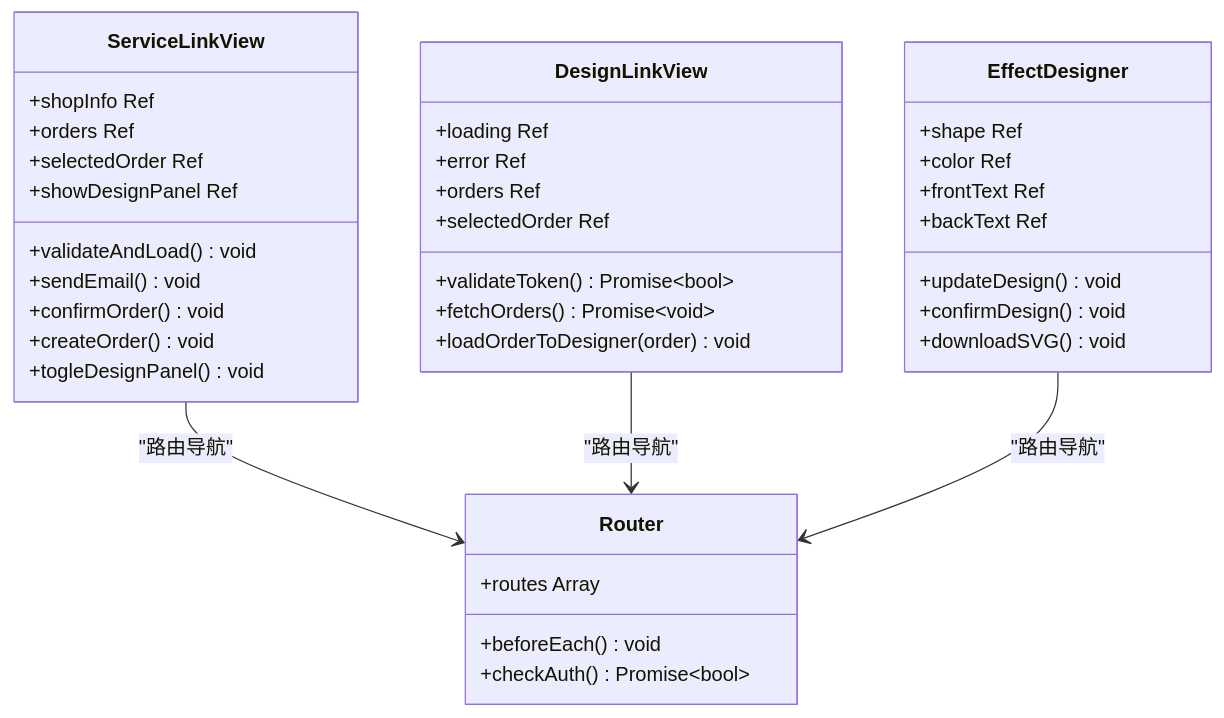
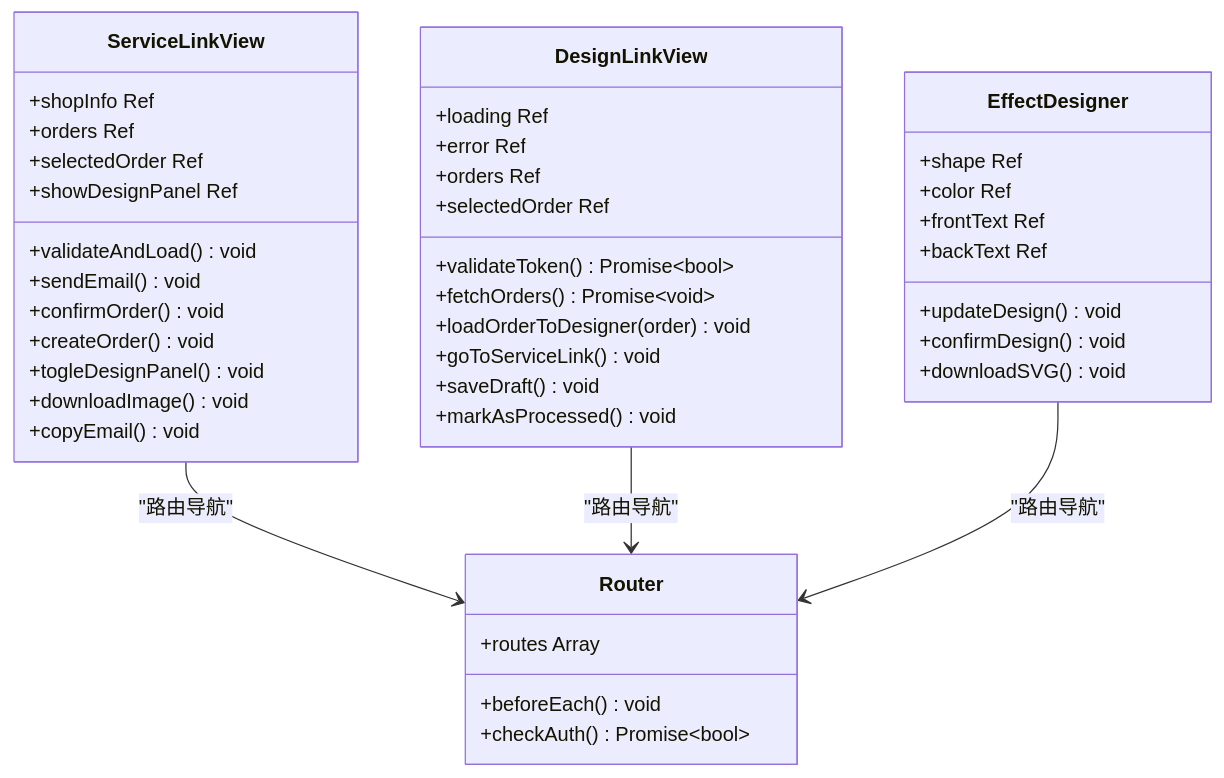
One commit to SY6621/POD-Order-Management changed the third of 12 diagrams in .qoder/repowiki/zh/content/开发指南/客服外链双链接系统.md. Above: the diagram before and after it, drawn with Mermaid. The commit also changed other lines of this file and 17 other files, not shown here.

````diff
--- a/.qoder/repowiki/zh/content/开发指南/客服外链双链接系统.md
+++ b/.qoder/repowiki/zh/content/开发指南/客服外链双链接系统.md
@@ -171,40 +181,45 @@
 ```mermaid
 classDiagram
 class ServiceLinkView {
 +shopInfo Ref
 +orders Ref
 +selectedOrder Ref
 +validateAndLoad() void
 +sendEmail() void
 +confirmOrder() void
 +createOrder() void
 +showDesignPanel Ref
 +togleDesignPanel() void
++downloadImage() void
++copyEmail() void
 }
 class DesignLinkView {
 +loading Ref
 +error Ref
 +orders Ref
 +selectedOrder Ref
 +validateToken() Promise~bool~
 +fetchOrders() Promise~void~
 +loadOrderToDesigner(order) void
++goToServiceLink() void
++saveDraft() void
++markAsProcessed() void
 }
 class EffectDesigner {
 +shape Ref
 +color Ref
 +frontText Ref
 +backText Ref
 +updateDesign() void
 +confirmDesign() void
 +downloadSVG() void
 }
 class Router {
 +routes Array
 +beforeEach() void
 +checkAuth() Promise~bool~
 }
 ServiceLinkView --> Router : "路由导航"
 DesignLinkView --> Router : "路由导航"
 EffectDesigner --> Router : "路由导航"
 ```
````
